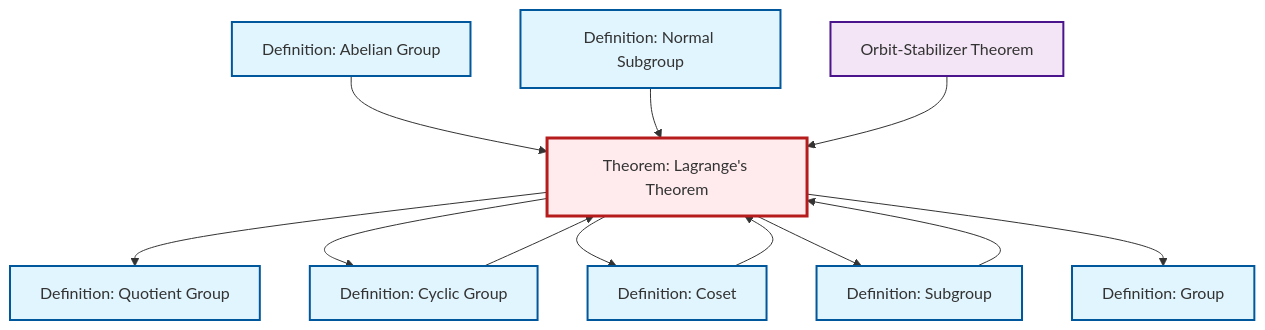
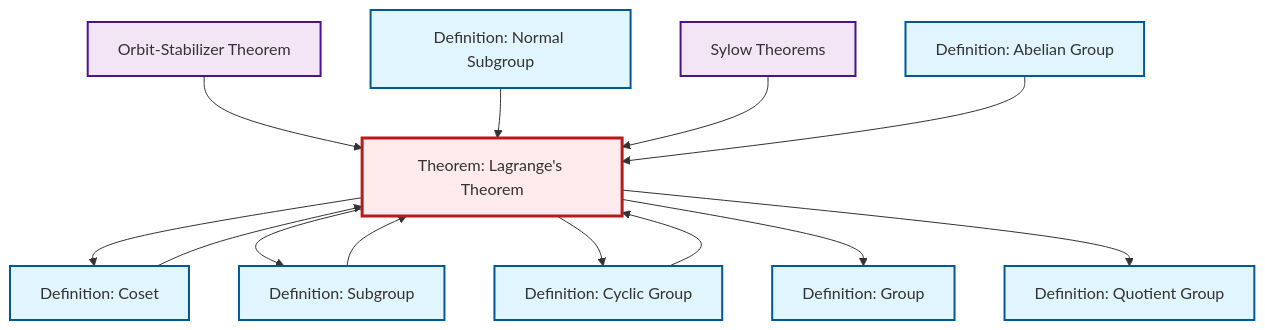
Before and after one commit to RK0429/ModernMath: the diagram in content/en/algebra/thm-lagrange.qmd, drawn with Mermaid. The commit also changed other lines of this file and 531 other files, not shown here.

First line of the commit message:
feat: Add Sylow Theorems with comprehensive cross-references

````diff
--- a/content/en/algebra/thm-lagrange.qmd
+++ b/content/en/algebra/thm-lagrange.qmd
@@ -49,38 +50,41 @@
 ```{mermaid}
 %%| fig-cap: "Local dependency graph"
 graph TD
     classDef definition fill:#e1f5fe,stroke:#01579b,stroke-width:2px
     classDef theorem fill:#f3e5f5,stroke:#4a148c,stroke-width:2px
     classDef axiom fill:#fff3e0,stroke:#e65100,stroke-width:2px
     classDef example fill:#e8f5e9,stroke:#1b5e20,stroke-width:2px
     classDef current fill:#ffebee,stroke:#b71c1c,stroke-width:3px
+    def-abelian-group["Definition: Abelian Group"]:::definition
+    def-cyclic-group["Definition: Cyclic Group"]:::definition
+    def-quotient-group["Definition: Quotient Group"]:::definition
+    thm-sylow["Sylow Theorems"]:::theorem
+    def-group["Definition: Group"]:::definition
+    thm-orbit-stabilizer["Orbit-Stabilizer Theorem"]:::theorem
     def-normal-subgroup["Definition: Normal Subgroup"]:::definition
-    thm-orbit-stabilizer["Orbit-Stabilizer Theorem"]:::theorem
+    def-subgroup["Definition: Subgroup"]:::definition
+    thm-lagrange["Theorem: Lagrange's Theorem"]:::theorem
     def-coset["Definition: Coset"]:::definition
-    thm-lagrange["Theorem: Lagrange's Theorem"]:::theorem
-    def-quotient-group["Definition: Quotient Group"]:::definition
-    def-cyclic-group["Definition: Cyclic Group"]:::definition
-    def-subgroup["Definition: Subgroup"]:::definition
-    def-group["Definition: Group"]:::definition
-    def-abelian-group["Definition: Abelian Group"]:::definition
-    thm-lagrange --> def-quotient-group
-    thm-lagrange --> def-cyclic-group
-    def-coset --> thm-lagrange
-    def-abelian-group --> thm-lagrange
-    def-cyclic-group --> thm-lagrange
+    thm-orbit-stabilizer --> thm-lagrange
     thm-lagrange --> def-coset
     thm-lagrange --> def-subgroup
+    def-cyclic-group --> thm-lagrange
+    thm-lagrange --> def-cyclic-group
+    thm-lagrange --> def-group
+    thm-lagrange --> def-quotient-group
+    def-coset --> thm-lagrange
     def-normal-subgroup --> thm-lagrange
-    thm-lagrange --> def-group
-    thm-orbit-stabilizer --> thm-lagrange
+    thm-sylow --> thm-lagrange
+    def-abelian-group --> thm-lagrange
     def-subgroup --> thm-lagrange
     class thm-lagrange current
+    click def-abelian-group "def-abelian-group.html" "Go to Abelian Group definition"
+    click def-cyclic-group "def-cyclic-group.html" "Go to Cyclic Group definition"
+    click def-quotient-group "def-quotient-group.html" "Go to Quotient Group definition"
+    click thm-sylow "thm-sylow.html" "Go to Sylow Theorems"
+    click def-group "def-group.html" "Go to Group definition"
+    click thm-orbit-stabilizer "thm-orbit-stabilizer.html" "Go to Orbit-Stabilizer Theorem"
     click def-normal-subgroup "def-normal-subgroup.html" "Go to Normal Subgroup definition"
-    click thm-orbit-stabilizer "thm-orbit-stabilizer.html" "Go to Orbit-Stabilizer Theorem"
+    click def-subgroup "def-subgroup.html" "Go to Subgroup definition"
     click def-coset "def-coset.html" "Go to Coset definition"
-    click def-quotient-group "def-quotient-group.html" "Go to Quotient Group definition"
-    click def-cyclic-group "def-cyclic-group.html" "Go to Cyclic Group definition"
-    click def-subgroup "def-subgroup.html" "Go to Subgroup definition"
-    click def-group "def-group.html" "Go to Group definition"
-    click def-abelian-group "def-abelian-group.html" "Go to Abelian Group definition"
 ```
````
